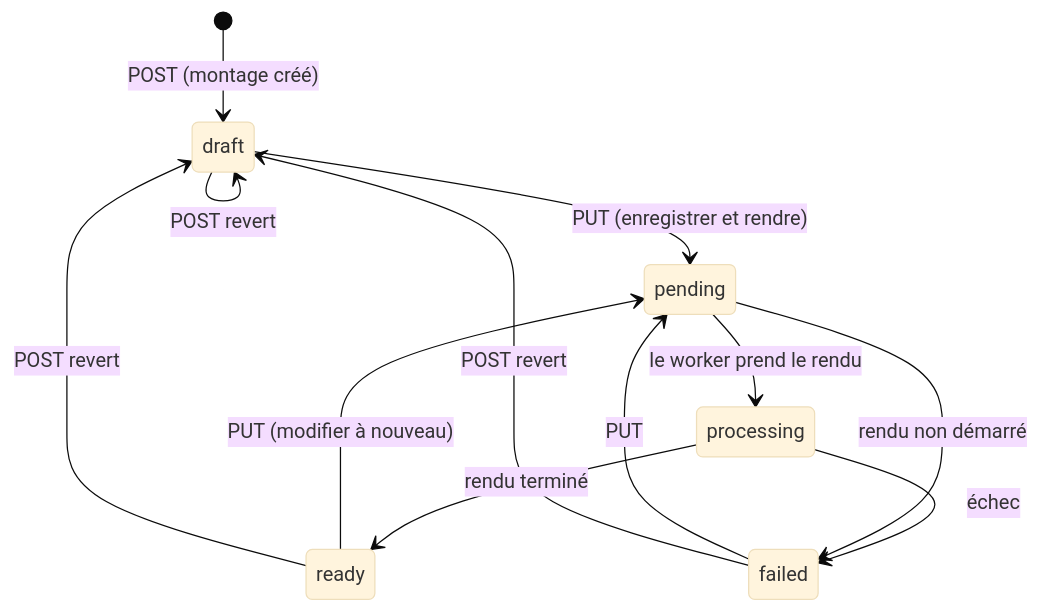
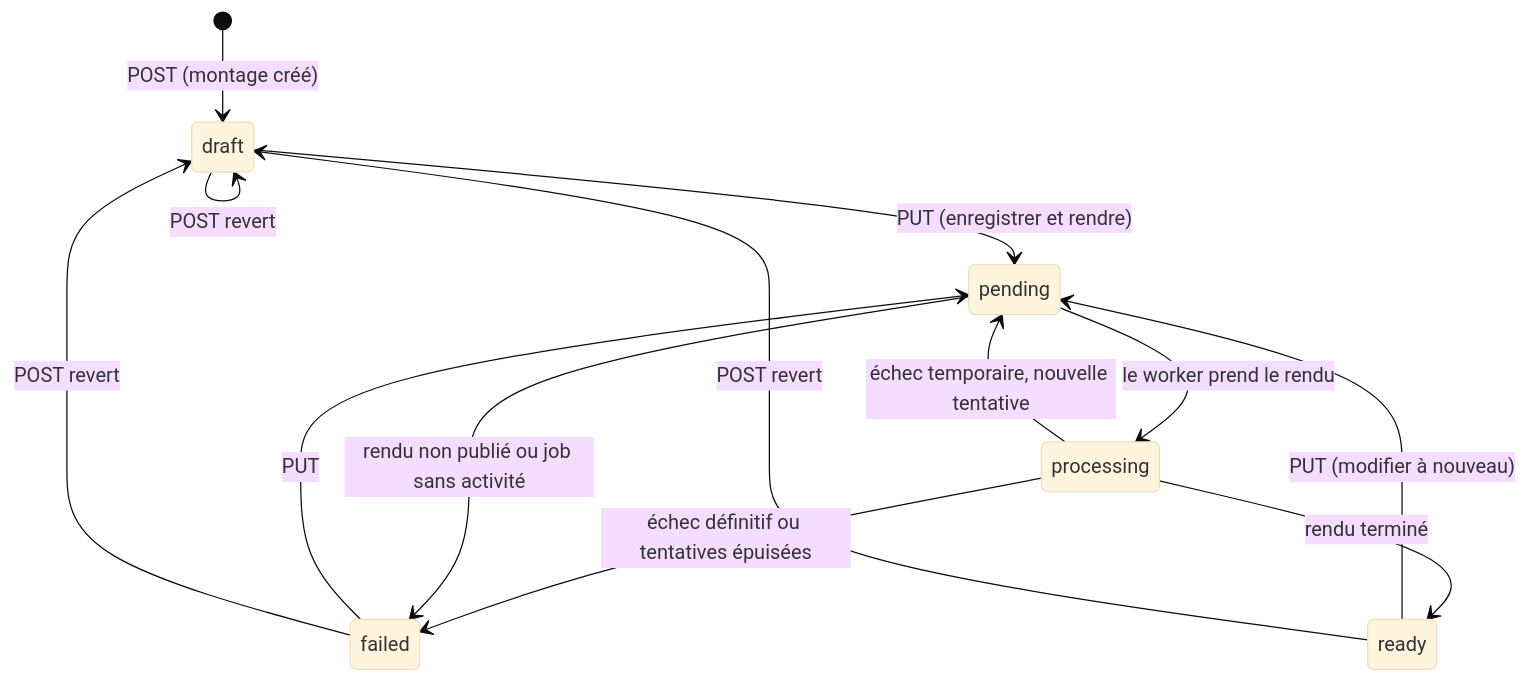
The diagram in docs/docs/documentation/utilisation/04-montage-video.md (ochocast/ochocast), drawn with Mermaid (base theme) before and after one commit. The commit also changed other lines of this file and 1 other file, not shown here.

````diff
--- a/docs/docs/documentation/utilisation/04-montage-video.md
+++ b/docs/docs/documentation/utilisation/04-montage-video.md
@@ -17,14 +17,15 @@
 ```mermaid
 stateDiagram-v2
     [*] --> draft: POST (montage créé)
     draft --> pending: PUT (enregistrer et rendre)
     failed --> pending: PUT
     ready --> pending: PUT (modifier à nouveau)
     pending --> processing: le worker prend le rendu
     processing --> ready: rendu terminé
-    processing --> failed: échec
-    pending --> failed: rendu non démarré
+    processing --> pending: échec temporaire, nouvelle tentative
+    processing --> failed: échec définitif ou tentatives épuisées
+    pending --> failed: rendu non publié ou job sans activité
     ready --> draft: POST revert
     failed --> draft: POST revert
     draft --> draft: POST revert
 ```
````
